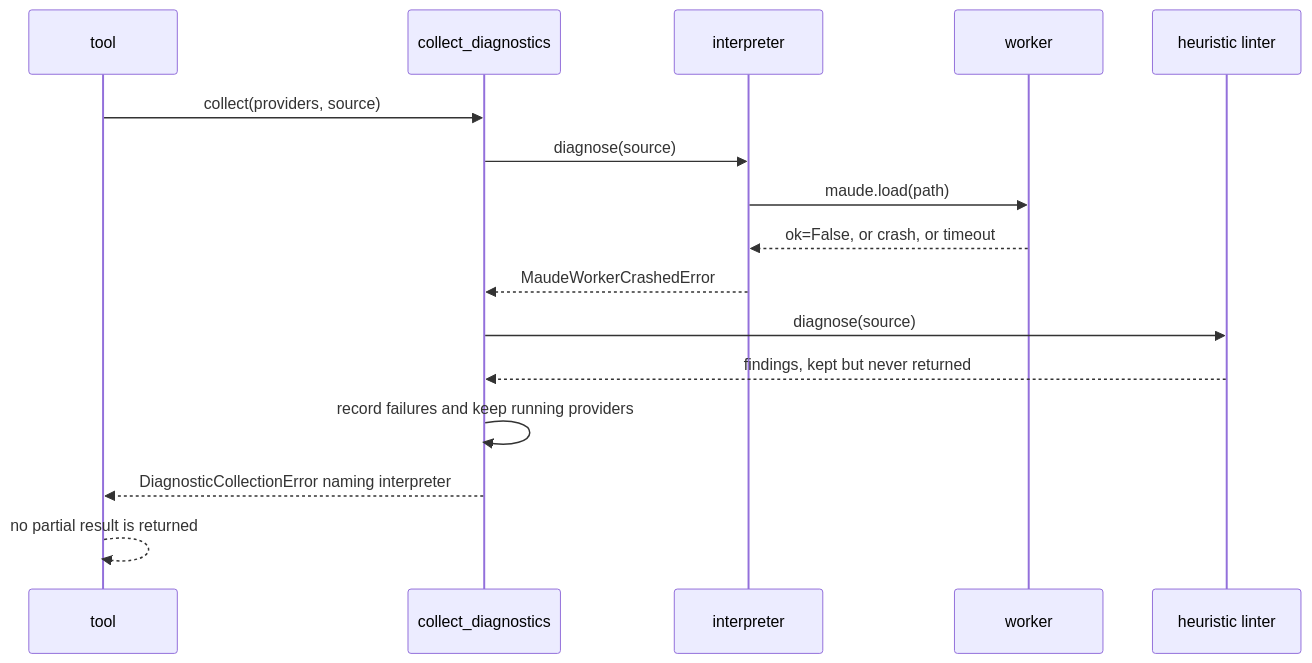
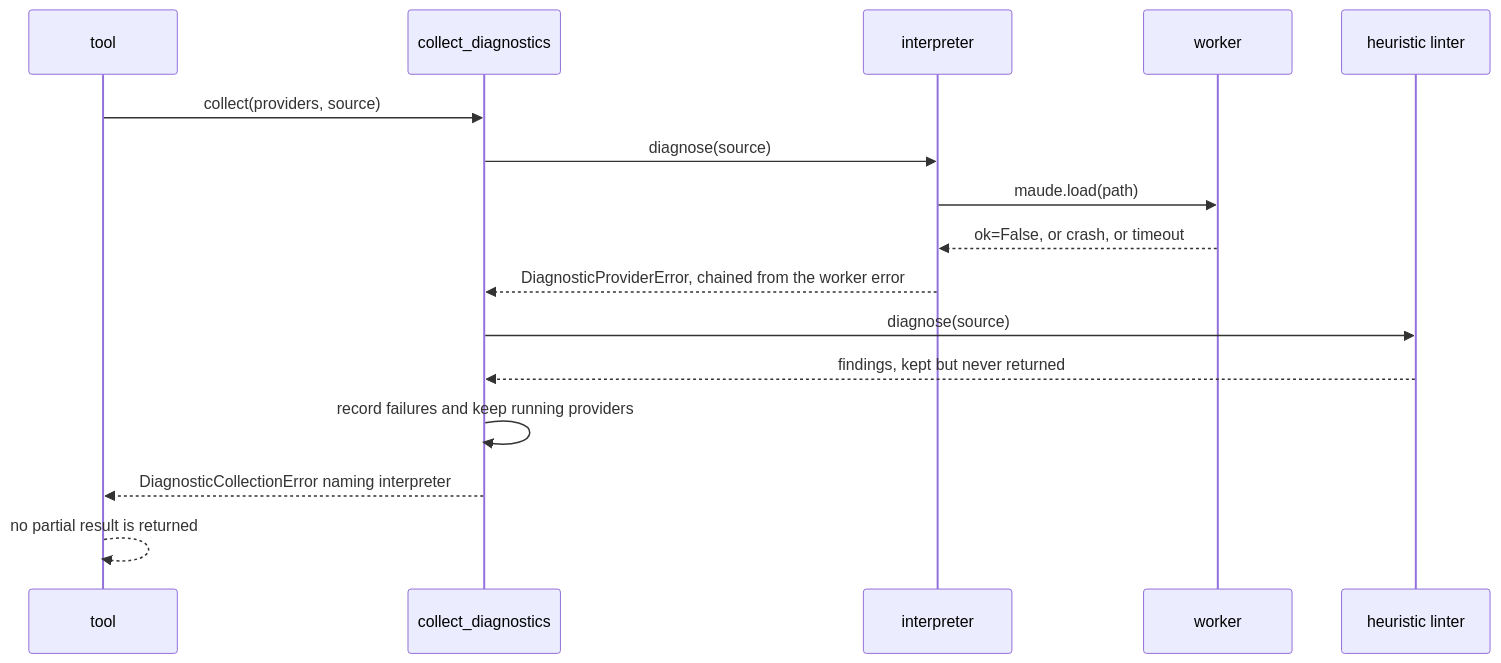
Before and after one commit to demiourgoi/Harold: the second of 4 diagrams in harold-mcp/.agents/planning/port-linter.py/design/detailed-design.md, drawn with Mermaid. The commit also changed other lines of this file and 3 other files, not shown here.

````diff
--- a/harold-mcp/.agents/planning/port-linter.py/design/detailed-design.md
+++ b/harold-mcp/.agents/planning/port-linter.py/design/detailed-design.md
@@ -127,18 +129,18 @@
 ```mermaid
 sequenceDiagram
     participant T as tool
     participant A as collect_diagnostics
     participant I as interpreter
     participant W as worker
     participant H as heuristic linter
     T->>A: collect(providers, source)
     A->>I: diagnose(source)
     I->>W: maude.load(path)
     W-->>I: ok=False, or crash, or timeout
-    I-->>A: MaudeWorkerCrashedError
+    I-->>A: DiagnosticProviderError, chained from the worker error
     A->>H: diagnose(source)
     H-->>A: findings, kept but never returned
     A->>A: record failures and keep running providers
     A-->>T: DiagnosticCollectionError naming interpreter
     T-->>T: no partial result is returned
 ```
````
